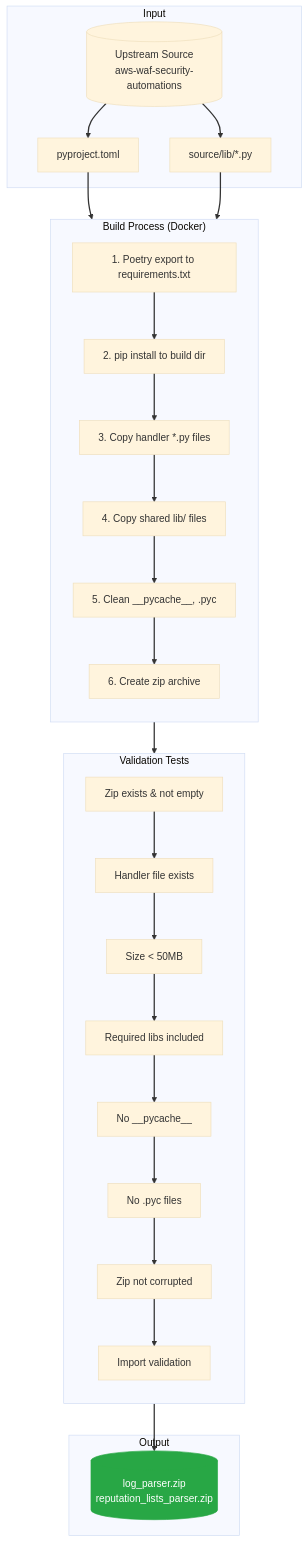
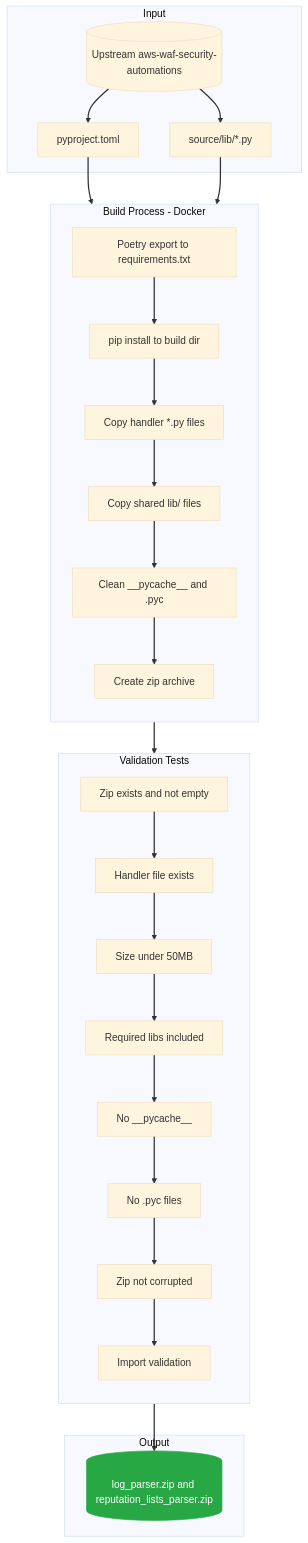
The fourth of 7 diagrams in docs/ARCHITECTURE.md (datastreamapp/terraform-waf-module), drawn with Mermaid (base theme) before and after one commit. The commit also changed other lines of this file and 2 other files, not shown here.

First line of the commit message:
docs: update CI/CD pipeline diagrams to show complete flow

````diff
--- a/docs/ARCHITECTURE.md
+++ b/docs/ARCHITECTURE.md
@@ -168,43 +172,43 @@
 ```mermaid
 flowchart TD
     subgraph Input["Input"]
-        US[("Upstream Source<br/>aws-waf-security-automations")]
+        US[("Upstream aws-waf-security-automations")]
         PP["pyproject.toml"]
         LIB["source/lib/*.py"]
     end
 
-    subgraph Process["Build Process (Docker)"]
+    subgraph Process["Build Process - Docker"]
         direction TB
-        A[1. Poetry export to requirements.txt]
-        B[2. pip install to build dir]
-        C[3. Copy handler *.py files]
-        D[4. Copy shared lib/ files]
-        E[5. Clean __pycache__, .pyc]
-        F[6. Create zip archive]
+        A["Poetry export to requirements.txt"]
+        B["pip install to build dir"]
+        C["Copy handler *.py files"]
+        D["Copy shared lib/ files"]
+        E["Clean __pycache__ and .pyc"]
+        F["Create zip archive"]
         A --> B --> C --> D --> E --> F
     end
 
     subgraph Tests["Validation Tests"]
         direction TB
-        T1["Zip exists & not empty"]
+        T1["Zip exists and not empty"]
         T2["Handler file exists"]
-        T3["Size < 50MB"]
+        T3["Size under 50MB"]
         T4["Required libs included"]
         T5["No __pycache__"]
         T6["No .pyc files"]
         T7["Zip not corrupted"]
         T8["Import validation"]
     end
 
     subgraph Output["Output"]
-        ZIP[("log_parser.zip<br/>reputation_lists_parser.zip")]
+        ZIP[("log_parser.zip and reputation_lists_parser.zip")]
     end
 
     US --> PP --> A
     US --> LIB --> D
     F --> T1 --> T2 --> T3 --> T4 --> T5 --> T6 --> T7 --> T8 --> ZIP
 
     style ZIP fill:#28a745,stroke:#28a745,color:white
 
     linkStyle default stroke:#333,stroke-width:2px
 ```
````
